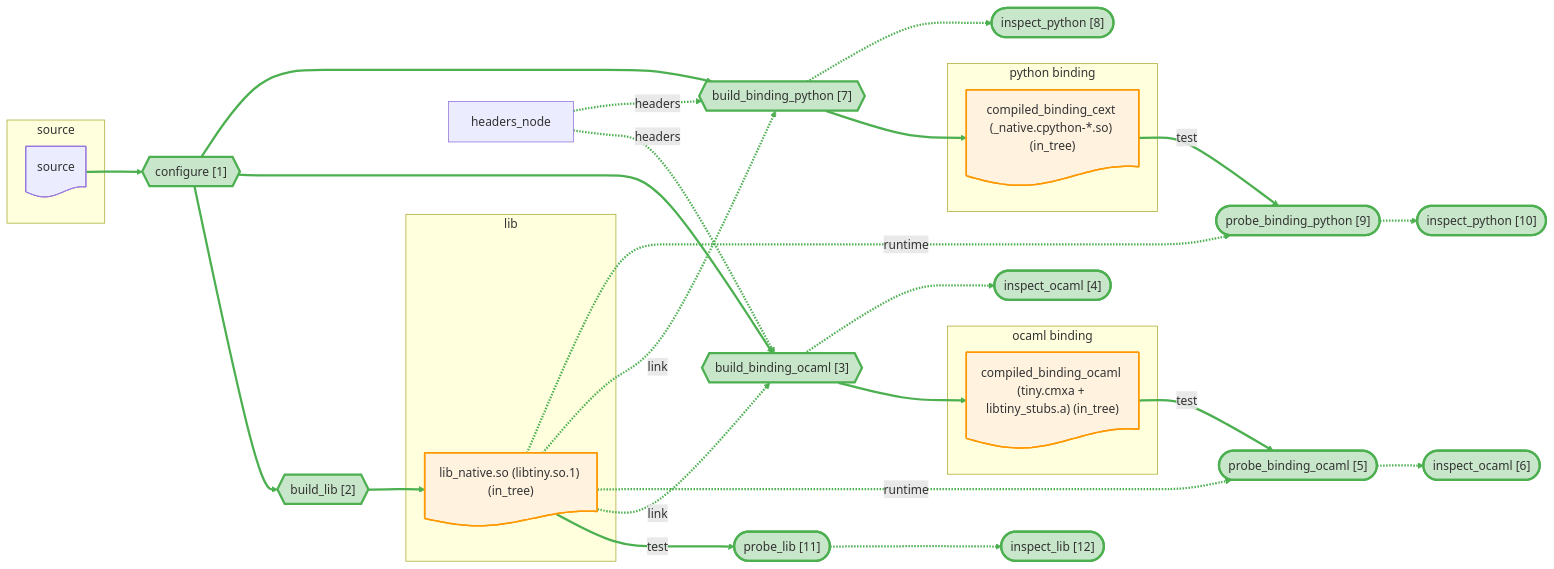
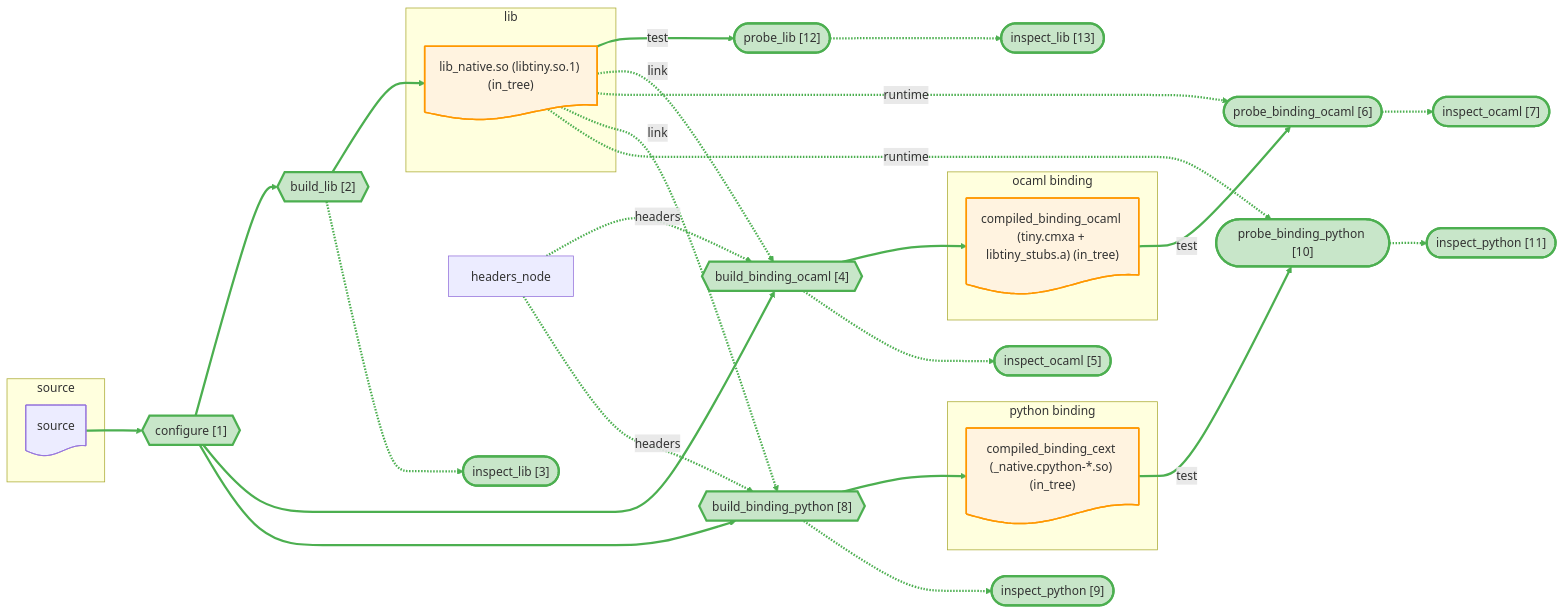
One commit to JHU-PL-Lab/tola changed the diagram in docs/canary/projects/tiny/-run/diagrams/full.mmd. Above: the diagram before and after it, drawn with Mermaid. The commit also changed 36 other files, not shown here.

```diff
--- a/docs/canary/projects/tiny/-run/diagrams/full.mmd
+++ b/docs/canary/projects/tiny/-run/diagrams/full.mmd
@@ -1,92 +1,96 @@
 %% view: full
 graph LR
     subgraph source_sg ["source"]
       source_node@{ shape: doc, label: "source" }
     end
     subgraph lib_sg ["lib"]
       lib_node@{ shape: doc, label: "lib_native.so (libtiny.so.1) (in_tree)" }
     end
     subgraph ocaml_binding_sg ["ocaml binding"]
       ocaml_binding_node@{ shape: doc, label: "compiled_binding_ocaml (tiny.cmxa + libtiny_stubs.a) (in_tree)" }
     end
     subgraph python_binding_sg ["python binding"]
       python_binding_node@{ shape: doc, label: "compiled_binding_cext (_native.cpython-*.so) (in_tree)" }
     end
 
     A_configure{{"configure [1]"}}
     A_build_lib{{"build_lib [2]"}}
-    A_build_binding_ocaml{{"build_binding_ocaml [3]"}}
-    A_build_binding_ocaml_inspect(["inspect_ocaml [4]"])
-    A_probe_binding_ocaml(["probe_binding_ocaml [5]"])
-    A_probe_binding_ocaml_inspect(["inspect_ocaml [6]"])
-    A_build_binding_python{{"build_binding_python [7]"}}
-    A_build_binding_python_inspect(["inspect_python [8]"])
-    A_probe_binding_python(["probe_binding_python [9]"])
-    A_probe_binding_python_inspect(["inspect_python [10]"])
-    A_probe_lib(["probe_lib [11]"])
-    A_probe_lib_inspect(["inspect_lib [12]"])
+    A_build_lib_inspect(["inspect_lib [3]"])
+    A_build_binding_ocaml{{"build_binding_ocaml [4]"}}
+    A_build_binding_ocaml_inspect(["inspect_ocaml [5]"])
+    A_probe_binding_ocaml(["probe_binding_ocaml [6]"])
+    A_probe_binding_ocaml_inspect(["inspect_ocaml [7]"])
+    A_build_binding_python{{"build_binding_python [8]"}}
+    A_build_binding_python_inspect(["inspect_python [9]"])
+    A_probe_binding_python(["probe_binding_python [10]"])
+    A_probe_binding_python_inspect(["inspect_python [11]"])
+    A_probe_lib(["probe_lib [12]"])
+    A_probe_lib_inspect(["inspect_lib [13]"])
 
     source_node --> A_configure
     A_configure --> A_build_lib
     A_build_lib --> lib_node
     lib_node -->|test| A_probe_lib
     A_configure --> A_build_binding_ocaml
     headers_node -.->|headers| A_build_binding_ocaml
     lib_node -.->|link| A_build_binding_ocaml
     A_build_binding_ocaml --> ocaml_binding_node
     ocaml_binding_node -->|test| A_probe_binding_ocaml
     lib_node -.->|runtime| A_probe_binding_ocaml
     A_configure --> A_build_binding_python
     headers_node -.->|headers| A_build_binding_python
     lib_node -.->|link| A_build_binding_python
     A_build_binding_python --> python_binding_node
     python_binding_node -->|test| A_probe_binding_python
     lib_node -.->|runtime| A_probe_binding_python
+    A_build_lib -.-> A_build_lib_inspect
     A_build_binding_ocaml -.-> A_build_binding_ocaml_inspect
     A_probe_binding_ocaml -.-> A_probe_binding_ocaml_inspect
     A_build_binding_python -.-> A_build_binding_python_inspect
     A_probe_binding_python -.-> A_probe_binding_python_inspect
     A_probe_lib -.-> A_probe_lib_inspect
 
     classDef artifact fill:#fff3e0,stroke:#ff9800,stroke-width:2px
     classDef store fill:#e8eaf6,stroke:#3f51b5,stroke-width:1.5px
     classDef st_done fill:#c8e6c9,stroke:#4caf50,stroke-width:3px
     classDef st_done_ctx fill:#e8f5e9,stroke:#a5d6a7,stroke-width:1.5px
     classDef st_expected_fail fill:#fff9c4,stroke:#f9a825,stroke-width:2px
     classDef st_failed fill:#ffcdd2,stroke:#c62828,stroke-width:2px
     classDef st_skipped fill:#f5f5f5,stroke:#9e9e9e,stroke-dasharray:5
     classDef st_nospec fill:#fafafa,stroke:#bdbdbd,stroke-dasharray:5
     class lib_node,ocaml_binding_node,python_binding_node artifact
     class A_configure st_done
     class A_build_lib st_done
+    class A_build_lib_inspect st_done
     class A_build_binding_ocaml st_done
     class A_build_binding_ocaml_inspect st_done
     class A_probe_binding_ocaml st_done
     class A_probe_binding_ocaml_inspect st_done
     class A_build_binding_python st_done
     class A_build_binding_python_inspect st_done
     class A_probe_binding_python st_done
     class A_probe_binding_python_inspect st_done
     class A_probe_lib st_done
     class A_probe_lib_inspect st_done
     linkStyle 0 stroke:#4caf50,stroke-width:3px
     linkStyle 1 stroke:#4caf50,stroke-width:3px
     linkStyle 2 stroke:#4caf50,stroke-width:3px
     linkStyle 3 stroke:#4caf50,stroke-width:3px
     linkStyle 4 stroke:#4caf50,stroke-width:3px
     linkStyle 5 stroke:#4caf50,stroke-width:3px
     linkStyle 6 stroke:#4caf50,stroke-width:3px
     linkStyle 7 stroke:#4caf50,stroke-width:3px
     linkStyle 8 stroke:#4caf50,stroke-width:3px
     linkStyle 9 stroke:#4caf50,stroke-width:3px
     linkStyle 10 stroke:#4caf50,stroke-width:3px
     linkStyle 11 stroke:#4caf50,stroke-width:3px
     linkStyle 12 stroke:#4caf50,stroke-width:3px
     linkStyle 13 stroke:#4caf50,stroke-width:3px
     linkStyle 14 stroke:#4caf50,stroke-width:3px
     linkStyle 15 stroke:#4caf50,stroke-width:3px
     linkStyle 16 stroke:#4caf50,stroke-width:3px
     linkStyle 17 stroke:#4caf50,stroke-width:3px
     linkStyle 18 stroke:#4caf50,stroke-width:3px
     linkStyle 19 stroke:#4caf50,stroke-width:3px
     linkStyle 20 stroke:#4caf50,stroke-width:3px
+    linkStyle 21 stroke:#4caf50,stroke-width:3px
```
